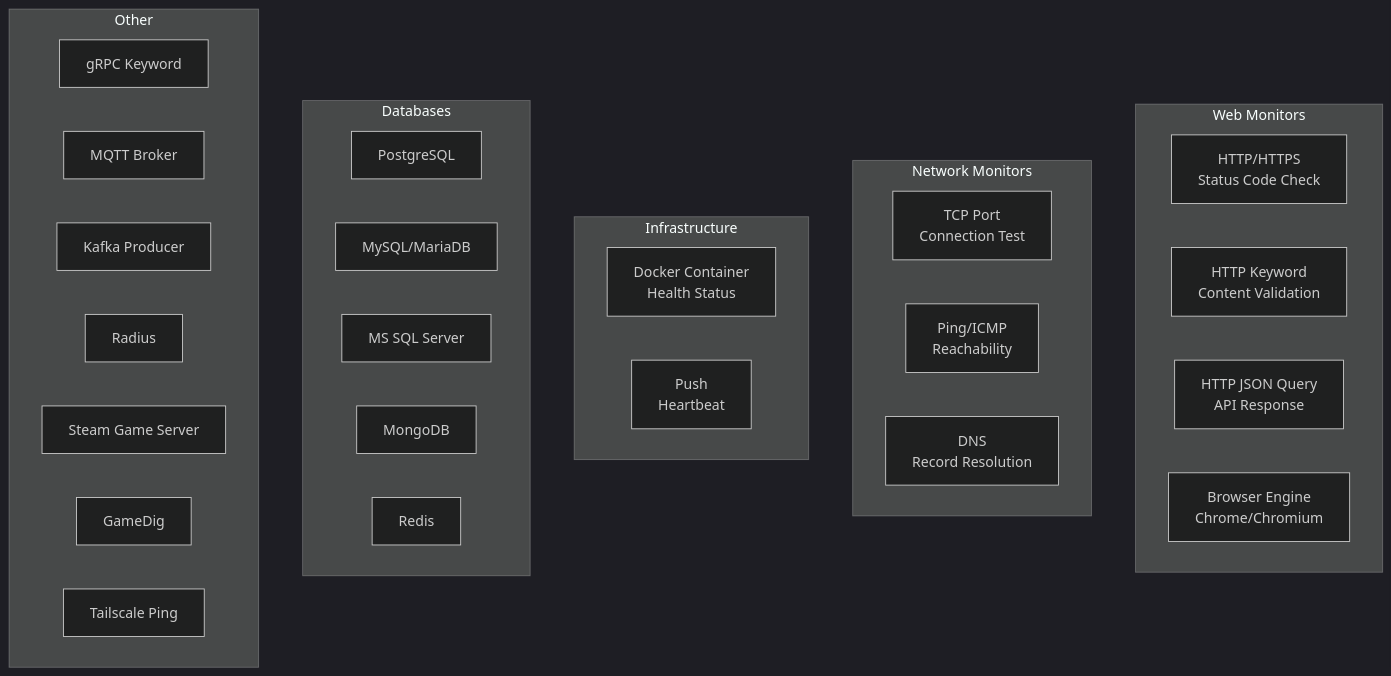
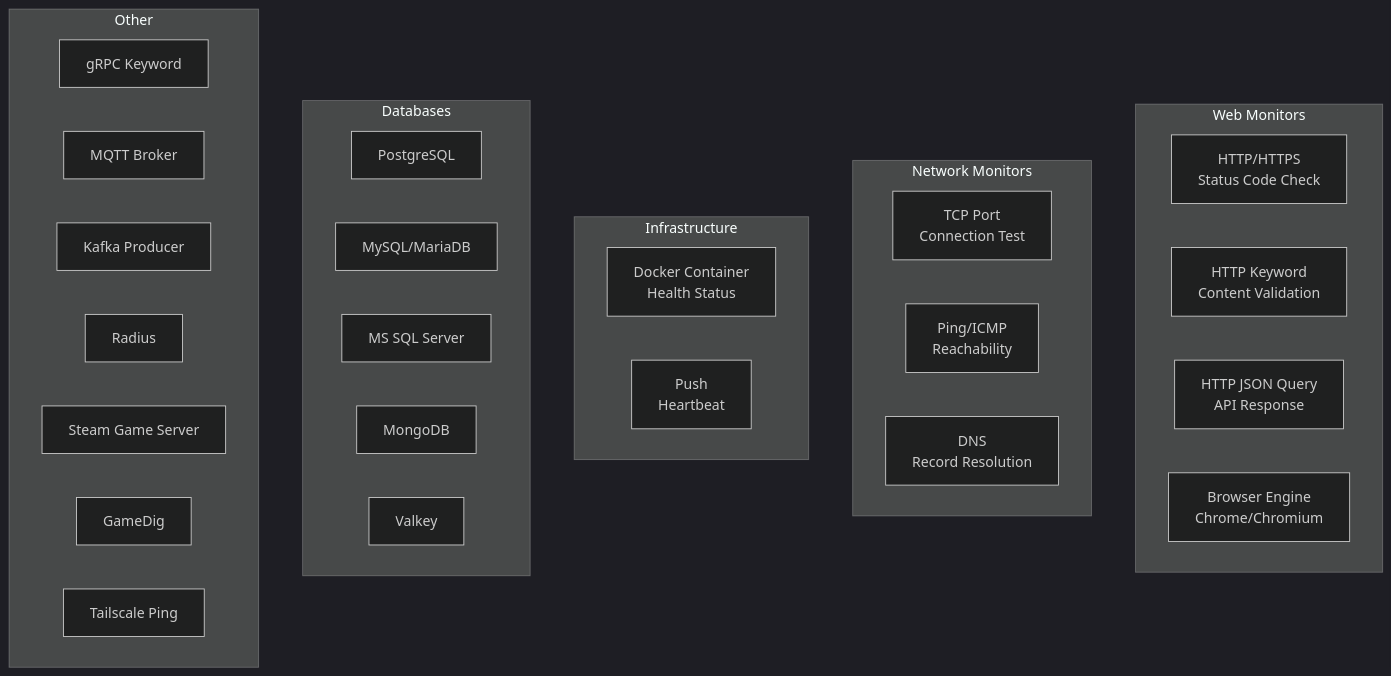
Before and after one commit to telemetryflow/telemetryflow-overview: the first of 2 diagrams in backend/modules/500-monitoring.md, drawn with Mermaid (dark theme). The commit also changed other lines of this file and 23 other files, not shown here.

First line of the commit message:
docs: relabel Redis->Valkey in architecture/diagrams/prose (follow-up sweep)

````diff
--- a/backend/modules/500-monitoring.md
+++ b/backend/modules/500-monitoring.md
@@ -26,38 +26,38 @@
 ```mermaid
 graph TB
     subgraph "Web Monitors"
         HTTP[HTTP/HTTPS<br/>Status Code Check]
         KEYWORD[HTTP Keyword<br/>Content Validation]
         JSON[HTTP JSON Query<br/>API Response]
         BROWSER[Browser Engine<br/>Chrome/Chromium]
     end
 
     subgraph "Network Monitors"
         TCP[TCP Port<br/>Connection Test]
         PING[Ping/ICMP<br/>Reachability]
         DNS[DNS<br/>Record Resolution]
     end
 
     subgraph "Infrastructure"
         DOCKER[Docker Container<br/>Health Status]
         PUSH[Push<br/>Heartbeat]
     end
 
     subgraph "Databases"
         POSTGRES[PostgreSQL]
         MYSQL[MySQL/MariaDB]
         MSSQL[MS SQL Server]
         MONGO[MongoDB]
-        REDIS[Redis]
+        REDIS[Valkey]
     end
 
     subgraph "Other"
         GRPC[gRPC Keyword]
         MQTT[MQTT Broker]
         KAFKA[Kafka Producer]
         RADIUS[Radius]
         STEAM[Steam Game Server]
         GAMEDIG[GameDig]
         TAILSCALE[Tailscale Ping]
     end
 ```
````
